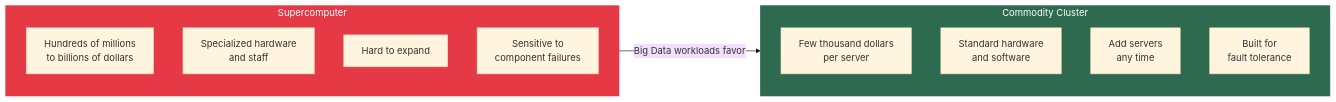
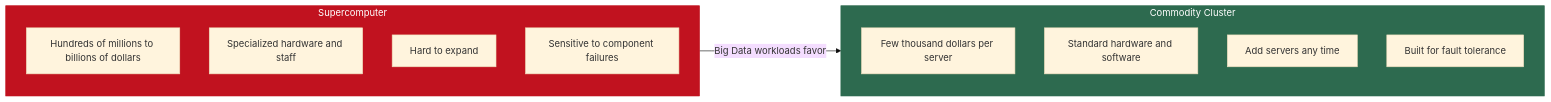
Before and after one commit to MuhammadTahaNasir/Big-Data-Analytics-Notes: diagram 12 of 14 in Week1/Lecture2_Hardware_Moores_Amdahls.md, drawn with Mermaid (base theme). The commit also changed other lines of this file, not shown here.

First line of the commit message:
Add Lecture 2: Hardware Reality and Performance Laws

````diff
--- a/Week1/Lecture2_Hardware_Moores_Amdahls.md
+++ b/Week1/Lecture2_Hardware_Moores_Amdahls.md
@@ -364,21 +356,20 @@
 ```mermaid
 flowchart LR
-    subgraph HPC["Supercomputer"]
-        H1["Hundreds of millions\nto billions of dollars"]
-        H2["Specialized hardware\nand staff"]
-        H3["Hard to expand"]
-        H4["Sensitive to\ncomponent failures"]
+    subgraph HPC[Supercomputer]
+        H1[Hundreds of millions to billions of dollars]
+        H2[Specialized hardware and staff]
+        H3[Hard to expand]
+        H4[Sensitive to component failures]
+    end
+    subgraph COM[Commodity Cluster]
+        C1[Few thousand dollars per server]
+        C2[Standard hardware and software]
+        C3[Add servers any time]
+        C4[Built for fault tolerance]
     end
 
-    subgraph COMMODITY["Commodity Cluster"]
-        C1["Few thousand dollars\nper server"]
-        C2["Standard hardware\nand software"]
-        C3["Add servers\nany time"]
-        C4["Built for\nfault tolerance"]
-    end
+    HPC -->|Big Data workloads favor| COM
 
-    HPC -->|"Big Data workloads favor"| COMMODITY
-
-    style HPC fill:#e63946,color:#fff,stroke:#e63946
-    style COMMODITY fill:#2d6a4f,color:#fff,stroke:#2d6a4f
+    style HPC fill:#c1121f,color:#fff,stroke:#c1121f
+    style COM fill:#2d6a4f,color:#fff,stroke:#2d6a4f
 ```
````
